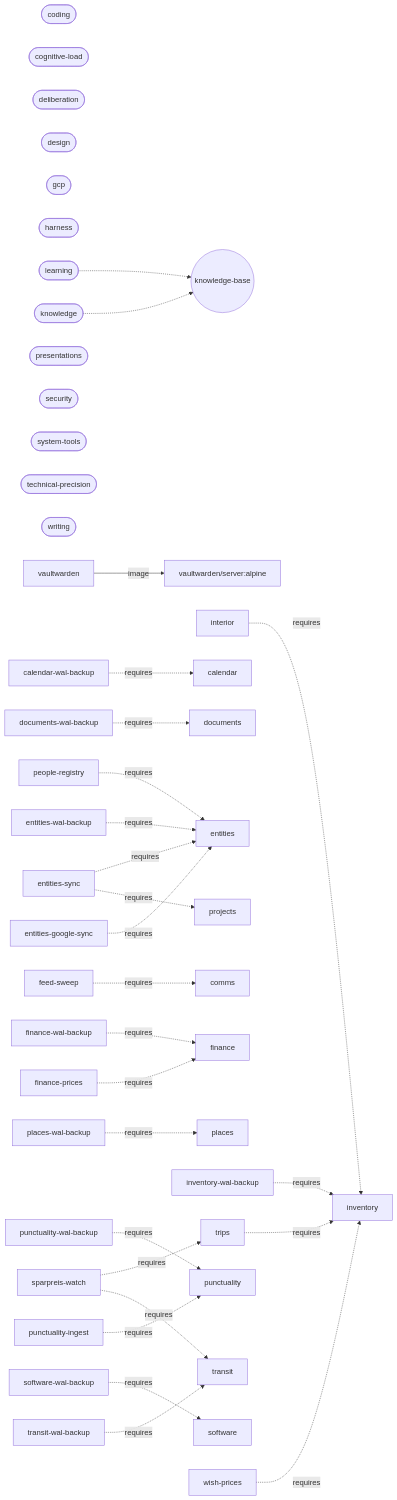
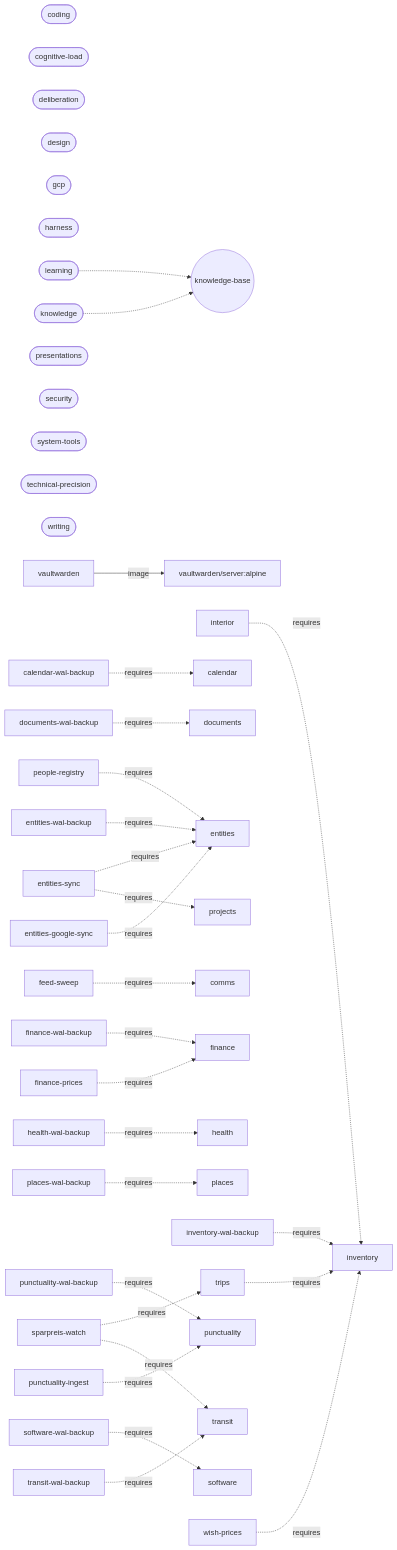
The diagram in ARCHITECTURE.md (larsboes/Sjel), drawn with Mermaid before and after one commit. The commit also changed other lines of this file and 11 other files, not shown here.

First line of the commit message:
Give Health a native Turso WAL owner behind a feature

````diff
--- a/ARCHITECTURE.md
+++ b/ARCHITECTURE.md
@@ -168,40 +168,41 @@
 ```mermaid
 flowchart LR
   pack_coding(["coding"])
   pack_cognitive_load(["cognitive-load"])
   pack_deliberation(["deliberation"])
   pack_design(["design"])
   pack_gcp(["gcp"])
   pack_harness(["harness"])
   pack_knowledge(["knowledge"])
   pack_knowledge -.-> sys_knowledge_base(("knowledge-base"))
   pack_learning(["learning"])
   pack_learning -.-> sys_knowledge_base(("knowledge-base"))
   pack_presentations(["presentations"])
   pack_security(["security"])
   pack_system_tools(["system-tools"])
   pack_technical_precision(["technical-precision"])
   pack_writing(["writing"])
   cap_vaultwarden["vaultwarden"] -->|image| img_vaultwarden_server["vaultwarden/server:alpine"]
   cap_interior["interior"] -.->|requires| cap_inventory["inventory"]
   cap_trips["trips"] -.->|requires| cap_inventory["inventory"]
   cap_calendar_wal_backup["calendar-wal-backup"] -.->|requires| cap_calendar["calendar"]
   cap_documents_wal_backup["documents-wal-backup"] -.->|requires| cap_documents["documents"]
   cap_entities_google_sync["entities-google-sync"] -.->|requires| cap_entities["entities"]
   cap_entities_sync["entities-sync"] -.->|requires| cap_projects["projects"]
   cap_entities_sync["entities-sync"] -.->|requires| cap_entities["entities"]
   cap_entities_wal_backup["entities-wal-backup"] -.->|requires| cap_entities["entities"]
   cap_feed_sweep["feed-sweep"] -.->|requires| cap_comms["comms"]
   cap_finance_prices["finance-prices"] -.->|requires| cap_finance["finance"]
   cap_finance_wal_backup["finance-wal-backup"] -.->|requires| cap_finance["finance"]
+  cap_health_wal_backup["health-wal-backup"] -.->|requires| cap_health["health"]
   cap_inventory_wal_backup["inventory-wal-backup"] -.->|requires| cap_inventory["inventory"]
   cap_people_registry["people-registry"] -.->|requires| cap_entities["entities"]
   cap_places_wal_backup["places-wal-backup"] -.->|requires| cap_places["places"]
   cap_punctuality_ingest["punctuality-ingest"] -.->|requires| cap_punctuality["punctuality"]
   cap_punctuality_wal_backup["punctuality-wal-backup"] -.->|requires| cap_punctuality["punctuality"]
   cap_software_wal_backup["software-wal-backup"] -.->|requires| cap_software["software"]
   cap_sparpreis_watch["sparpreis-watch"] -.->|requires| cap_transit["transit"]
   cap_sparpreis_watch["sparpreis-watch"] -.->|requires| cap_trips["trips"]
   cap_transit_wal_backup["transit-wal-backup"] -.->|requires| cap_transit["transit"]
   cap_wish_prices["wish-prices"] -.->|requires| cap_inventory["inventory"]
 ```
````
